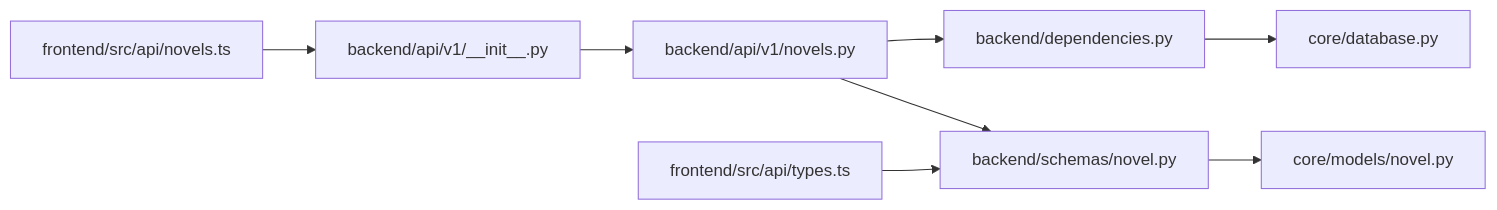
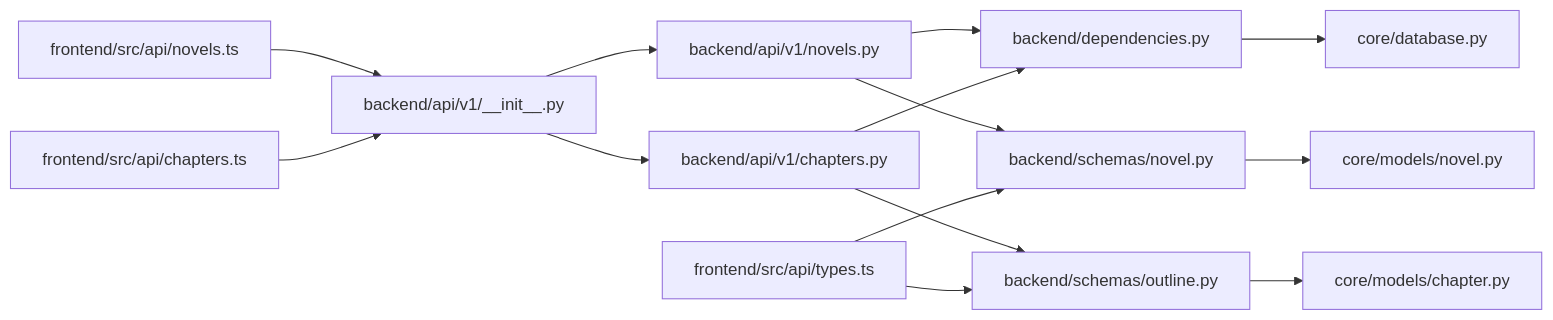
The seventh of 7 diagrams in .qoder/repowiki/zh/content/API接口文档/小说管理API.md (xfbyxq/ai-novel-system), drawn with Mermaid before and after one commit. The commit also changed other lines of this file and 84 other files, not shown here.

````diff
--- a/.qoder/repowiki/zh/content/API接口文档/小说管理API.md
+++ b/.qoder/repowiki/zh/content/API接口文档/小说管理API.md
@@ -473,10 +790,16 @@
 ```mermaid
 graph LR
 A[backend/api/v1/__init__.py] --> B[backend/api/v1/novels.py]
-B --> C[backend/dependencies.py]
-C --> D[core/database.py]
-B --> E[backend/schemas/novel.py]
-E --> F[core/models/novel.py]
-G[frontend/src/api/novels.ts] --> A
-H[frontend/src/api/types.ts] --> E
+A --> C[backend/api/v1/chapters.py]
+B --> D[backend/dependencies.py]
+C --> D
+D --> E[core/database.py]
+B --> F[backend/schemas/novel.py]
+C --> G[backend/schemas/outline.py]
+F --> H[core/models/novel.py]
+G --> I[core/models/chapter.py]
+J[frontend/src/api/novels.ts] --> A
+K[frontend/src/api/chapters.ts] --> A
+L[frontend/src/api/types.ts] --> F
+L --> G
 ```
````
